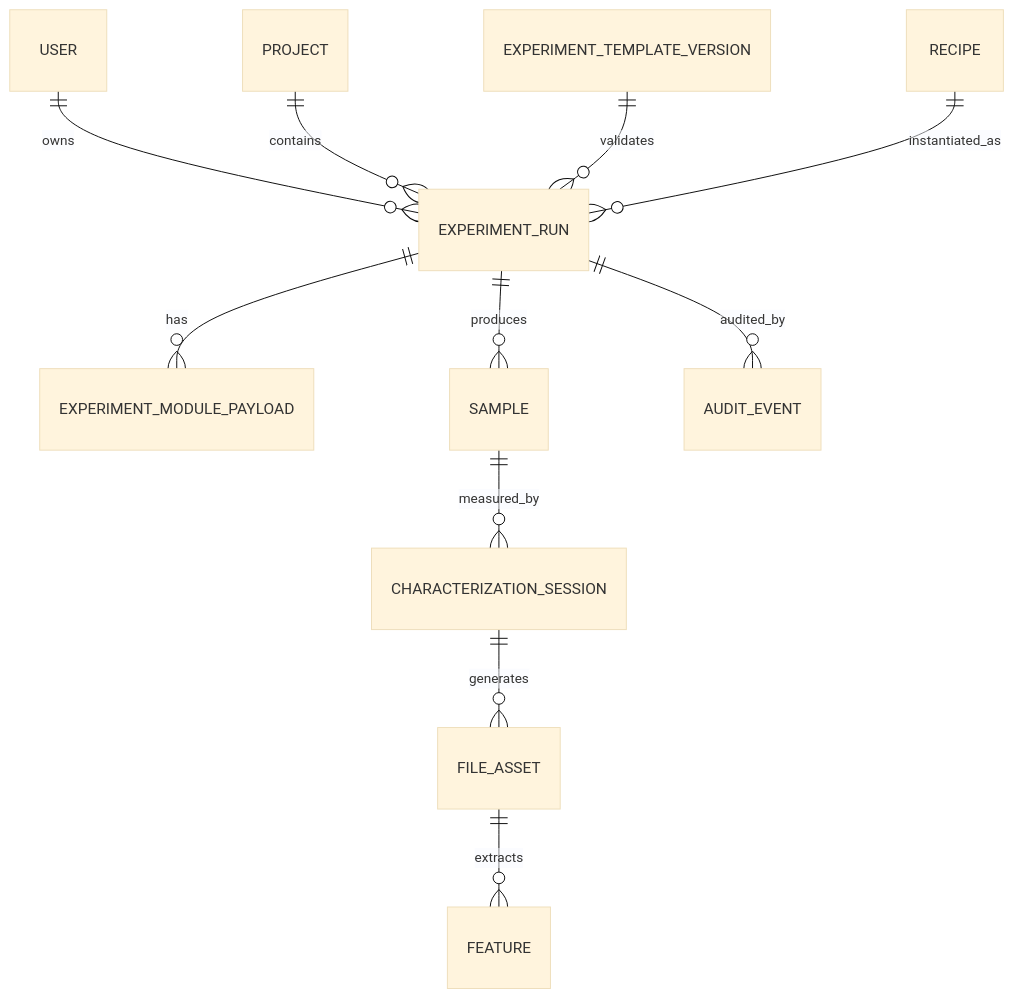
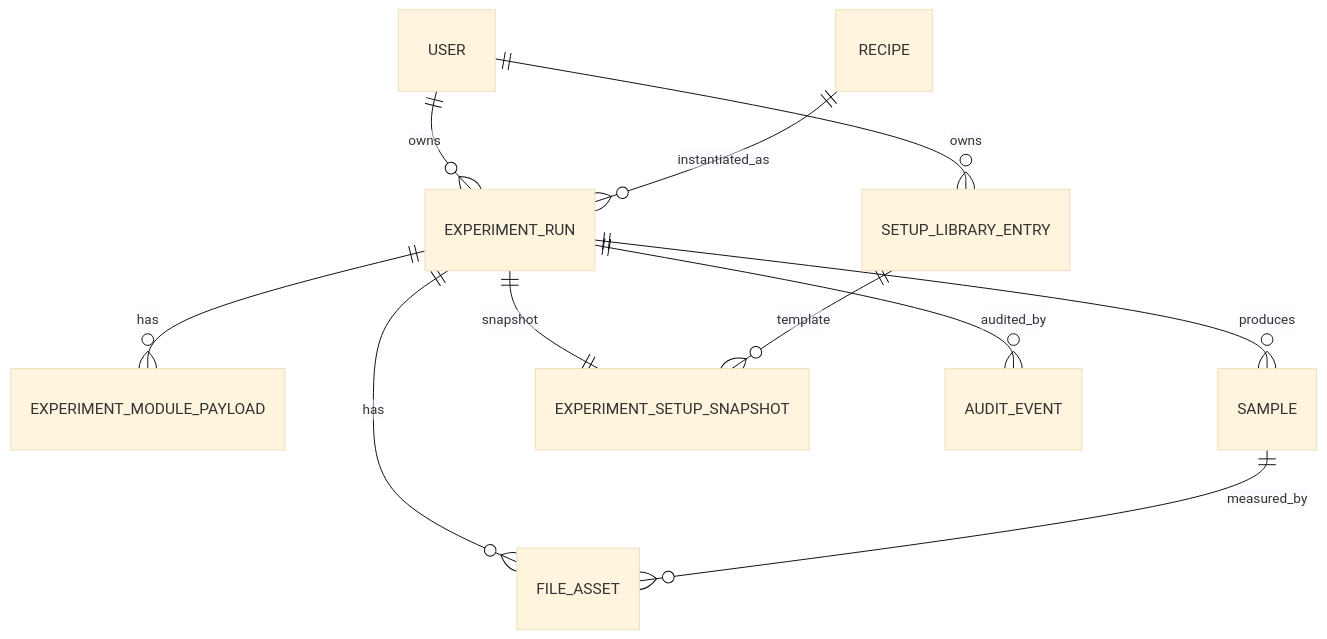
Before and after one commit to RustyPiano/cvd-experiment-data-system: the second of 2 diagrams in cvd_experiment_data_system_design_v1.md, drawn with Mermaid (base theme). The commit also changed other lines of this file and 176 other files, not shown here.

````diff
--- a/cvd_experiment_data_system_design_v1.md
+++ b/cvd_experiment_data_system_design_v1.md
@@ -151,13 +151,13 @@
 ```mermaid
 erDiagram
     USER ||--o{ EXPERIMENT_RUN : owns
-    PROJECT ||--o{ EXPERIMENT_RUN : contains
-    EXPERIMENT_TEMPLATE_VERSION ||--o{ EXPERIMENT_RUN : validates
     RECIPE ||--o{ EXPERIMENT_RUN : instantiated_as
     EXPERIMENT_RUN ||--o{ EXPERIMENT_MODULE_PAYLOAD : has
     EXPERIMENT_RUN ||--o{ SAMPLE : produces
-    SAMPLE ||--o{ CHARACTERIZATION_SESSION : measured_by
-    CHARACTERIZATION_SESSION ||--o{ FILE_ASSET : generates
-    FILE_ASSET ||--o{ FEATURE : extracts
+    EXPERIMENT_RUN ||--|| EXPERIMENT_SETUP_SNAPSHOT : snapshot
+    SETUP_LIBRARY_ENTRY ||--o{ EXPERIMENT_SETUP_SNAPSHOT : template
+    EXPERIMENT_RUN ||--o{ FILE_ASSET : has
+    SAMPLE ||--o{ FILE_ASSET : measured_by
     EXPERIMENT_RUN ||--o{ AUDIT_EVENT : audited_by
+    USER ||--o{ SETUP_LIBRARY_ENTRY : owns
 ```
````
